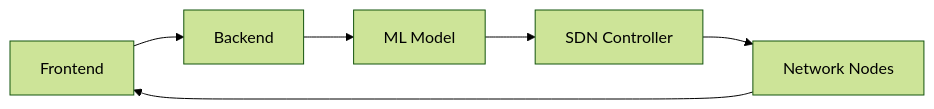
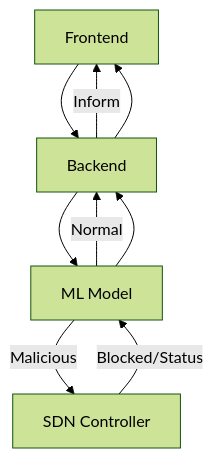
The fifth of 7 diagrams in README.md (Akshita3104/Ly-Project), drawn with Mermaid (forest theme) before and after one commit. The commit also changed other lines of this file, not shown here.

````diff
--- a/README.md
+++ b/README.md
@@ -173,8 +194,11 @@
 ```mermaid
-graph LR
-    A[Frontend] --> B[Backend]
-    B --> C[ML Model]
-    C --> D[SDN Controller]
-    D --> E[Network Nodes]
-    E --> A
+graph TD
+    F[Frontend] --> B[Backend]
+    B --> M[ML Model]
+    M -- Normal --> B
+    B -- Inform --> F
+    M -- Malicious --> S[SDN Controller]
+    S -- Blocked/Status --> M
+    M --> B
+    B --> F
 ```
````
